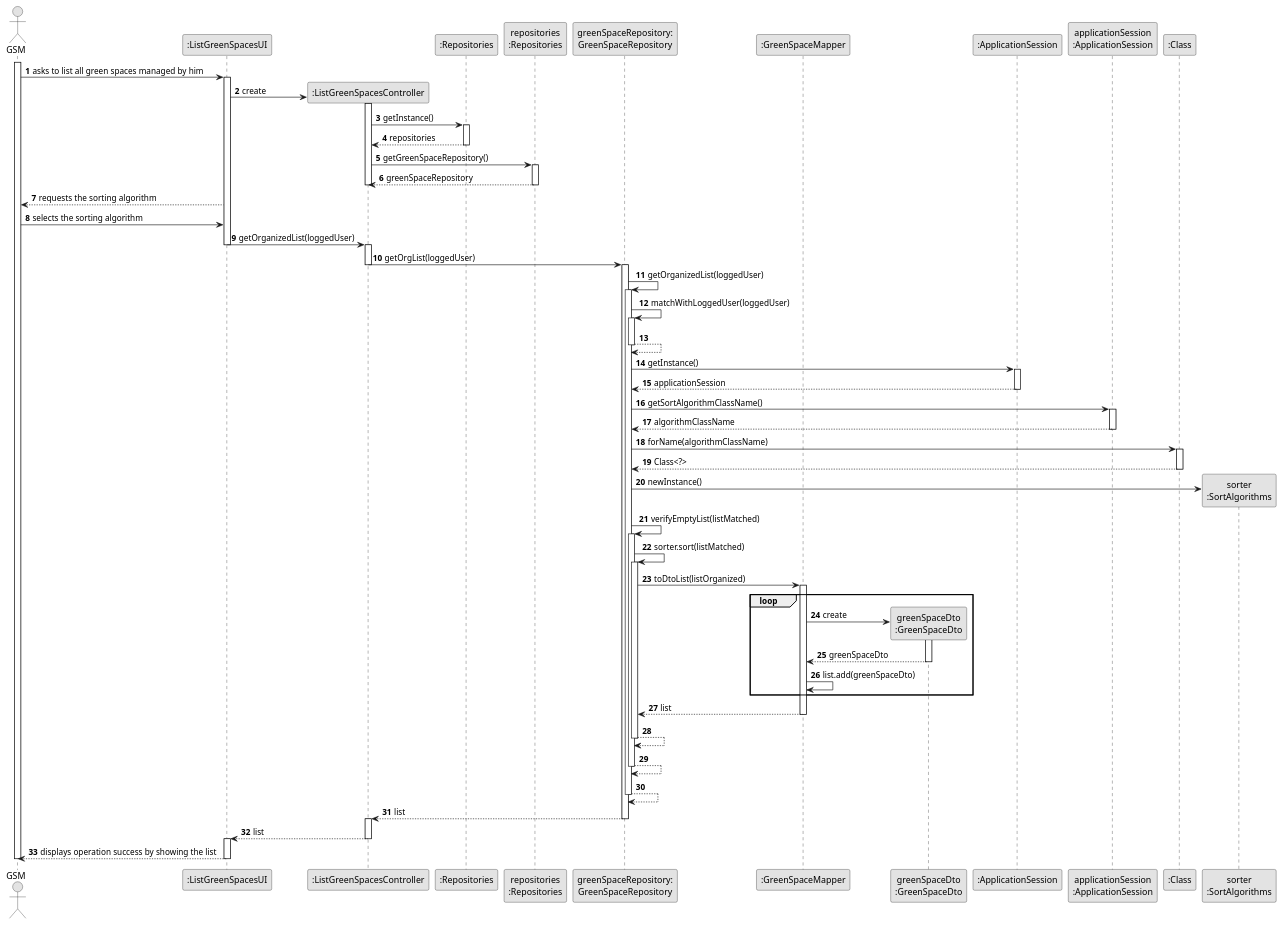
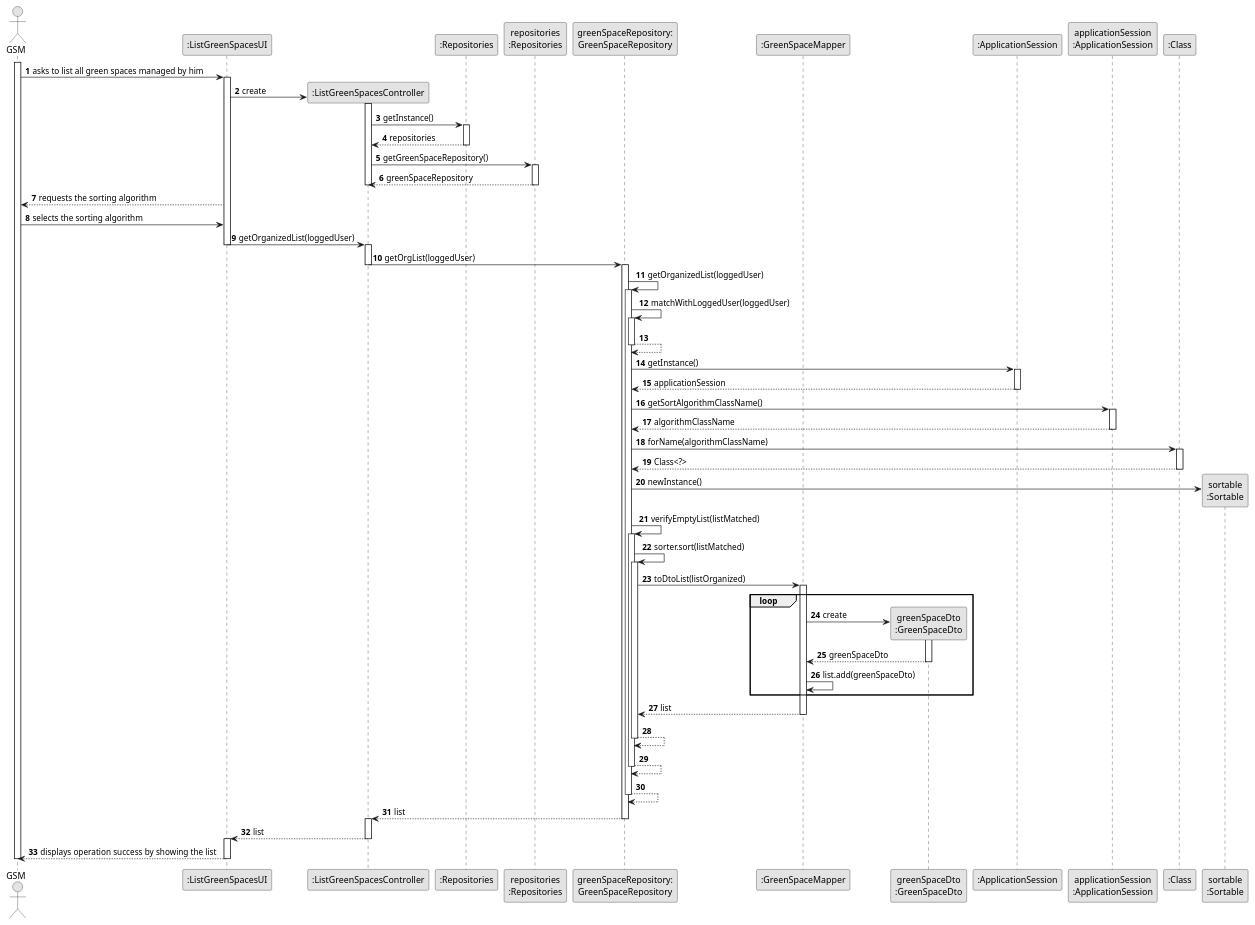
The diagram in docs/sprintC/us027/03.design/puml/us027-sequence-diagram-full.puml (ricardomm7/leaflink), drawn with PlantUML before and after one commit. The commit also changed 27 other files, not shown here.

```diff
--- a/docs/sprintC/us027/03.design/puml/us027-sequence-diagram-full.puml
+++ b/docs/sprintC/us027/03.design/puml/us027-sequence-diagram-full.puml
@@ -2,109 +2,109 @@
 @startuml
 skinparam monochrome true
 skinparam packageStyle rectangle
 skinparam shadowing false
 
 ''title System Sequence Diagram (SSD) - US006
 
 autonumber
 
 actor "GSM" as GSM
 participant ":ListGreenSpacesUI" as UI
 participant ":ListGreenSpacesController" as CTRL
 participant ":Repositories" as RepositorySingleton
 participant "repositories\n:Repositories" as PLAT
 participant "greenSpaceRepository:\nGreenSpaceRepository" as GreenSpaceRepo
 participant ":GreenSpaceMapper" as mapper
 participant "greenSpaceDto\n:GreenSpaceDto" as dto
 participant ":ApplicationSession" as ApplicationSession
 participant "applicationSession\n:ApplicationSession" as applicationSession
 participant ":Class" as Class
-participant "sorter\n:SortAlgorithms" as SortAlgorithms
+participant "sortable\n:Sortable" as SortAlgorithms
 
 activate GSM
 GSM -> UI : asks to list all green spaces managed by him
 activate UI
 UI -> CTRL** : create
 activate CTRL
 CTRL -> RepositorySingleton : getInstance()
 activate RepositorySingleton
 RepositorySingleton --> CTRL : repositories
 deactivate RepositorySingleton
 CTRL -> PLAT : getGreenSpaceRepository()
 activate PLAT
 PLAT -->  CTRL: greenSpaceRepository
 deactivate CTRL
 
 deactivate PLAT
 UI --> GSM : requests the sorting algorithm
 GSM -> UI : selects the sorting algorithm
 UI -> CTRL : getOrganizedList(loggedUser)
 deactivate UI
 activate CTRL
 
 
 CTRL -> GreenSpaceRepo : getOrgList(loggedUser)
 deactivate CTRL
 
 activate GreenSpaceRepo
 GreenSpaceRepo -> GreenSpaceRepo : getOrganizedList(loggedUser)
 activate GreenSpaceRepo
 GreenSpaceRepo -> GreenSpaceRepo : matchWithLoggedUser(loggedUser)
 activate GreenSpaceRepo
 GreenSpaceRepo --> GreenSpaceRepo
 deactivate GreenSpaceRepo
 
 GreenSpaceRepo -> ApplicationSession : getInstance()
 activate ApplicationSession
 ApplicationSession --> GreenSpaceRepo : applicationSession
 deactivate ApplicationSession
 GreenSpaceRepo -> applicationSession : getSortAlgorithmClassName()
 activate applicationSession
 applicationSession --> GreenSpaceRepo : algorithmClassName
 deactivate applicationSession
 
 GreenSpaceRepo -> Class : forName(algorithmClassName)
 activate Class
 Class --> GreenSpaceRepo : Class<?>
 deactivate Class
 
 GreenSpaceRepo -> SortAlgorithms** : newInstance()
 
 
 GreenSpaceRepo -> GreenSpaceRepo : verifyEmptyList(listMatched)
 activate GreenSpaceRepo
 
 GreenSpaceRepo -> GreenSpaceRepo : sorter.sort(listMatched)
 activate GreenSpaceRepo
 GreenSpaceRepo -> mapper : toDtoList(listOrganized)
 activate mapper
 
 loop
 mapper -> dto** : create
 activate dto
 dto --> mapper : greenSpaceDto
 deactivate dto
 mapper -> mapper : list.add(greenSpaceDto)
 end loop
 
 mapper --> GreenSpaceRepo : list
 deactivate mapper
 GreenSpaceRepo --> GreenSpaceRepo
 deactivate GreenSpaceRepo
 GreenSpaceRepo --> GreenSpaceRepo
 deactivate GreenSpaceRepo
 GreenSpaceRepo --> GreenSpaceRepo
 deactivate GreenSpaceRepo
 
 GreenSpaceRepo --> CTRL:list
 deactivate GreenSpaceRepo
 activate CTRL
 CTRL --> UI : list
 
 deactivate CTRL
 activate UI
 UI --> GSM : displays operation success by showing the list
 deactivate UI
 deactivate GSM
 
 @enduml
```
